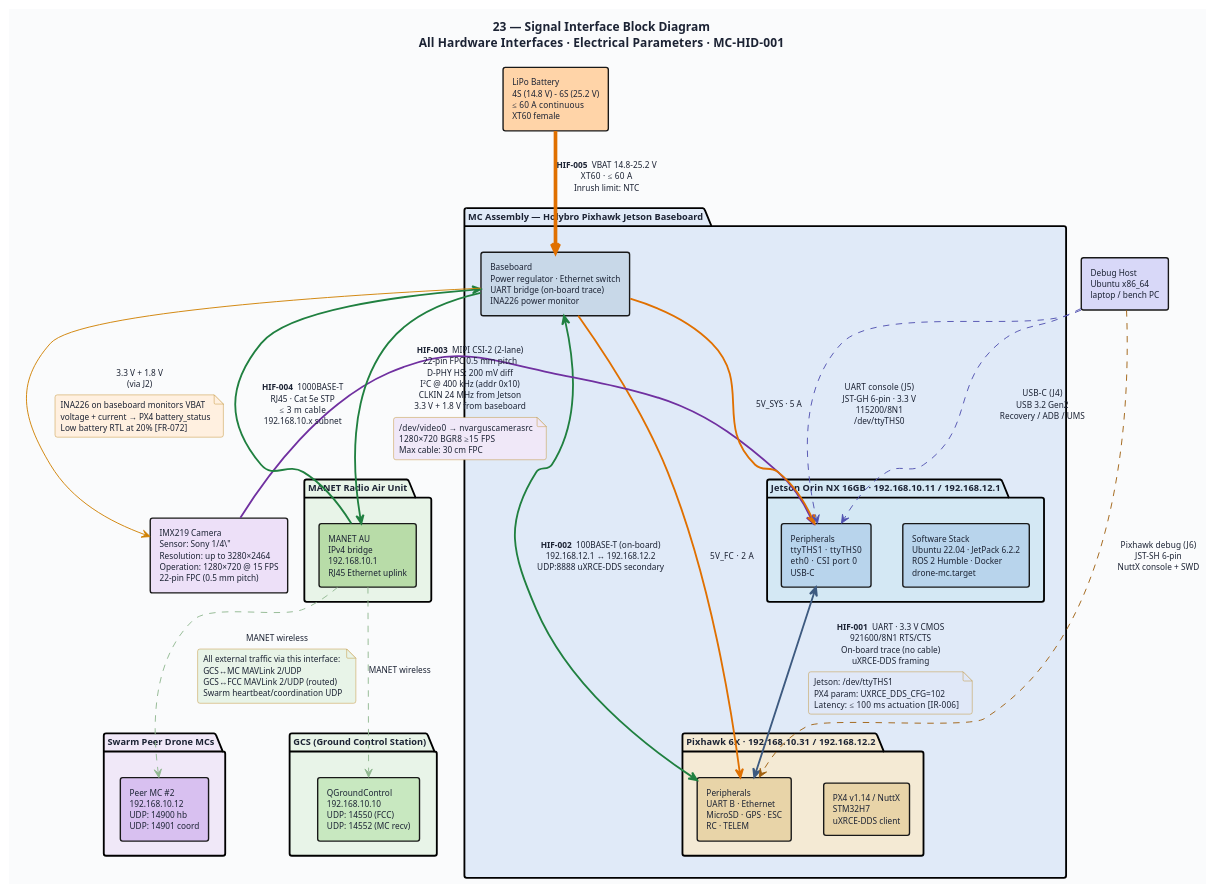
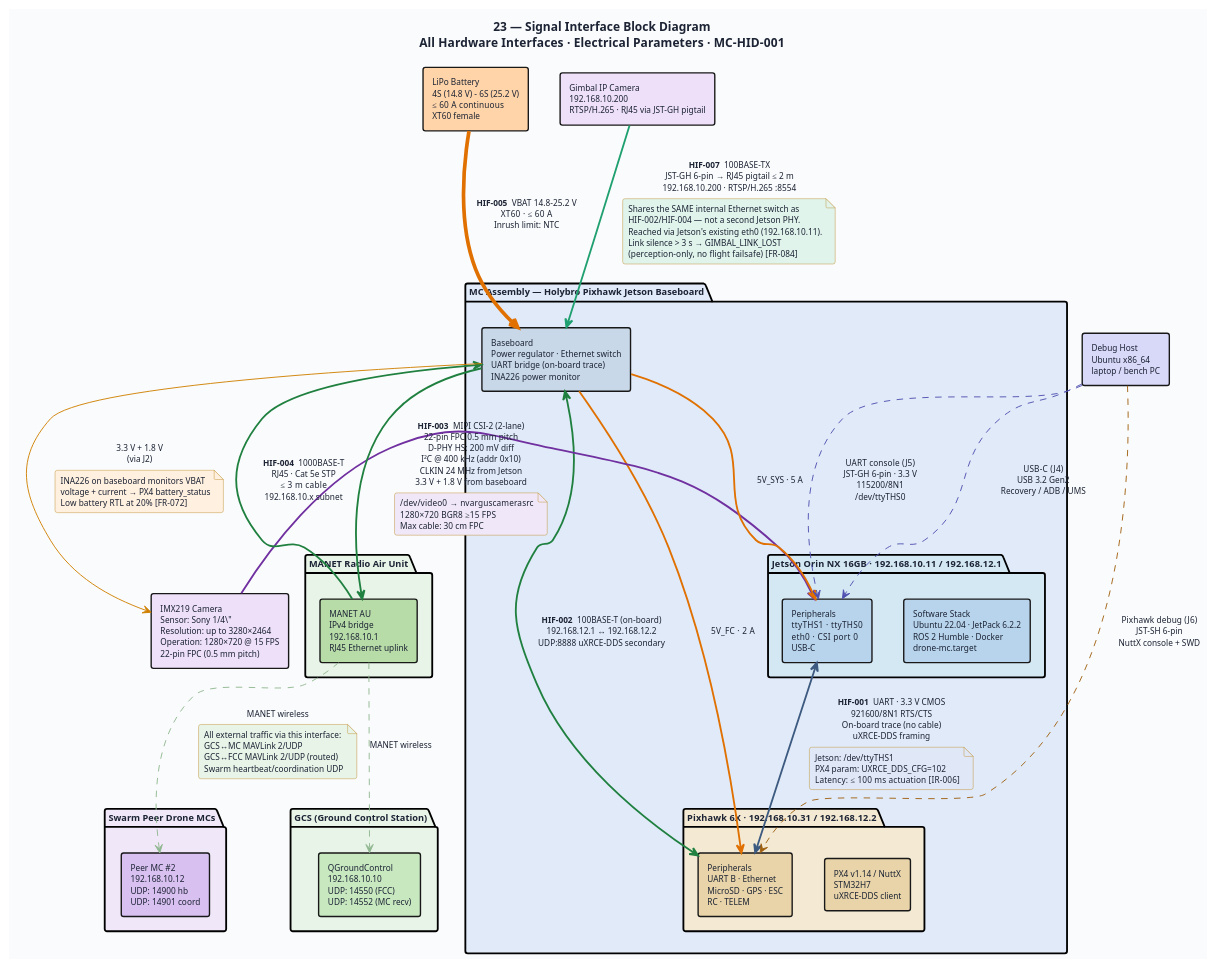
Before and after one commit to shawnsoh-stengg/shawnsoh-stengg-drone-swarm-mc-tempFork: the diagram in diagrams/23-hid-signal-interfaces.puml, drawn with PlantUML. The commit also changed 15 other files, not shown here.

First line of the commit message:
Update diagrams for gimbal camera + GCS video uplink feature

```diff
--- a/diagrams/23-hid-signal-interfaces.puml
+++ b/diagrams/23-hid-signal-interfaces.puml
@@ -1,154 +1,170 @@
 @startuml 23-hid-signal-interfaces
 ' ─────────────────────────────────────────────────────────────
-' Diagram 23: Signal Interface Block Diagram — All Six HIFs
-' MC-HID-001 §3–§8
+' Diagram 23: Signal Interface Block Diagram — All Seven HIFs
+' MC-HID-001 §3–§9
 ' ─────────────────────────────────────────────────────────────
 
 title "23 — Signal Interface Block Diagram\nAll Hardware Interfaces · Electrical Parameters  ·  MC-HID-001"
 
 skinparam BackgroundColor #FAFBFC
 skinparam DefaultFontColor #1C2334
 skinparam DefaultFontSize 10
 skinparam TitleFontSize 13
 skinparam TitleFontStyle bold
 skinparam shadowing false
 skinparam RoundCorner 5
 
 skinparam package {
   BorderThickness 2
   FontSize 10
   FontStyle bold
 }
 
 skinparam rectangle {
   BorderThickness 1.5
   FontSize 9
 }
 
 skinparam note {
   BackgroundColor #FFFAE8
   BorderColor #C09030
   FontSize 9
 }
 
 skinparam arrow {
   Color #3D5A80
   FontColor #1C2334
   FontSize 9
 }
 
 ' ═══════════════════════════════════════════════════
 ' EXTERNAL SYSTEMS
 ' ═══════════════════════════════════════════════════
 
 rectangle "LiPo Battery\n4S (14.8 V) – 6S (25.2 V)\n≤ 60 A continuous\nXT60 female" as BAT #FFD4A8
 
 rectangle "IMX219 Camera\nSensor: Sony 1/4\"\nResolution: up to 3280×2464\nOperation: 1280×720 @ 15 FPS\n22-pin FPC (0.5 mm pitch)" as CAM #EDE0F8
 
 package "MANET Radio Air Unit" as AU_PKG #E8F4E8 {
   rectangle "MANET AU\nIPv4 bridge\n192.168.10.1\nRJ45 Ethernet uplink" as AU #B8DCA8
 }
 
 package "GCS (Ground Control Station)" as GCS_PKG #E8F4E8 {
   rectangle "QGroundControl\n192.168.10.10\nUDP: 14550 (FCC)\nUDP: 14552 (MC recv)" as GCS #C8E8C0
 }
 
 package "Swarm Peer Drone MCs" as PEER_PKG #F0E8F8 {
   rectangle "Peer MC #2\n192.168.10.12\nUDP: 14900 hb\nUDP: 14901 coord" as PEER #D8C0F0
 }
 
 rectangle "Debug Host\nUbuntu x86_64\nlaptop / bench PC" as DBG #D8D8F8
+
+rectangle "Gimbal IP Camera\n192.168.10.200\nRTSP/H.265 · RJ45 via JST-GH pigtail" as GIMCAM #EDE0F8
 
 ' ═══════════════════════════════════════════════════
 ' MISSION COMPUTER ASSEMBLY
 ' ═══════════════════════════════════════════════════
 
 package "MC Assembly — Holybro Pixhawk Jetson Baseboard" as MC_PKG #E0EAF8 {
 
   package "Jetson Orin NX 16GB  ·  192.168.10.11 / 192.168.12.1" as JET #D4E8F4 {
     rectangle "Software Stack\nUbuntu 22.04 · JetPack 6.2.2\nROS 2 Humble · Docker\ndrone-mc.target" as JET_SW #B8D4EC
     rectangle "Peripherals\nttyTHS1  ·  ttyTHS0\neth0  ·  CSI port 0\nUSB-C" as JET_HW #B8D4EC
   }
 
   rectangle "Baseboard\nPower regulator · Ethernet switch\nUART bridge (on-board trace)\nINA226 power monitor" as BB #C8D8E8
 
   package "Pixhawk 6X  ·  192.168.10.31 / 192.168.12.2" as PX4 #F4EAD4 {
     rectangle "PX4 v1.14 / NuttX\nSTM32H7\nuXRCE-DDS client" as PX4_SW #E8D4A8
     rectangle "Peripherals\nUART B · Ethernet\nMicroSD · GPS · ESC\nRC · TELEM" as PX4_HW #E8D4A8
   }
 }
 
 ' ═══════════════════════════════════════════════════
 ' HIF-001: SERIAL (ttyTHS1 ↔ Pixhawk UART B)
 ' ═══════════════════════════════════════════════════
 
 JET_HW <-[#3D5A80,thickness=2]-> PX4_HW : **HIF-001**  UART · 3.3 V CMOS\n921600/8N1 RTS/CTS\nOn-board trace (no cable)\nuXRCE-DDS framing
 
 note on link #E0E8F8
   Jetson: /dev/ttyTHS1
   PX4 param: UXRCE_DDS_CFG=102
   Latency: ≤ 100 ms actuation  [IR-006]
 end note
 
 ' ═══════════════════════════════════════════════════
 ' HIF-002: INTERNAL ETHERNET (192.168.12.x)
 ' ═══════════════════════════════════════════════════
 
 BB <-[#208040,thickness=2]-> PX4_HW : **HIF-002**  100BASE-T (on-board)\n192.168.12.1 ↔ 192.168.12.2\nUDP:8888 uXRCE-DDS secondary
 
 ' ═══════════════════════════════════════════════════
 ' HIF-003: CSI-2 CAMERA
 ' ═══════════════════════════════════════════════════
 
 CAM -[#7030A0,thickness=2]-> JET_HW : **HIF-003**  MIPI CSI-2 (2-lane)\n22-pin FPC 0.5 mm pitch\nD-PHY HS: 200 mV diff\nI²C @ 400 kHz (addr 0x10)\nCLKIN 24 MHz from Jetson\n3.3 V + 1.8 V from baseboard
 
 note on link #F0E8F8
   /dev/video0  →  nvarguscamerasrc
   1280×720 BGR8 ≥15 FPS
   Max cable: 30 cm FPC
 end note
 
 ' ═══════════════════════════════════════════════════
 ' HIF-004: EXTERNAL ETHERNET → MANET
 ' ═══════════════════════════════════════════════════
 
 AU -[#208040,thickness=2]-> BB : **HIF-004**  1000BASE-T\nRJ45 · Cat 5e STP\n≤ 3 m cable\n192.168.10.x subnet
 BB -[#208040,thickness=2]-> AU
 
 AU -[#90B890,dashed]-> GCS : MANET wireless
 AU -[#90B890,dashed]-> PEER : MANET wireless
 
 note on link #E8F4E8
   All external traffic via this interface:
   GCS↔MC MAVLink 2/UDP
   GCS↔FCC MAVLink 2/UDP (routed)
   Swarm heartbeat/coordination UDP
 end note
 
 ' ═══════════════════════════════════════════════════
+' HIF-007: GIMBAL IP CAMERA (shared internal switch)
+' ═══════════════════════════════════════════════════
+
+GIMCAM -[#20A070,thickness=2]-> BB : **HIF-007**  100BASE-TX\nJST-GH 6-pin → RJ45 pigtail ≤ 2 m\n192.168.10.200 · RTSP/H.265 :8554
+
+note on link #E0F4EC
+  Shares the SAME internal Ethernet switch as
+  HIF-002/HIF-004 — not a second Jetson PHY.
+  Reached via Jetson's existing eth0 (192.168.10.11).
+  Link silence > 3 s → GIMBAL_LINK_LOST
+  (perception-only, no flight failsafe)  [FR-084]
+end note
+
+' ═══════════════════════════════════════════════════
 ' HIF-005: POWER
 ' ═══════════════════════════════════════════════════
 
 BAT -[#E07000,thickness=4]-> BB : **HIF-005**  VBAT 14.8–25.2 V\nXT60 · ≤ 60 A\nInrush limit: NTC
 
 BB -[#E07000,thickness=2]-> JET_HW : 5V_SYS · 5 A
 BB -[#E07000,thickness=2]-> PX4_HW : 5V_FC  · 2 A
 BB -[#D08000]-> CAM : 3.3 V + 1.8 V\n(via J2)
 
 note on link #FFF0E0
   INA226 on baseboard monitors VBAT
   voltage + current → PX4 battery_status
   Low battery RTL at 20%  [FR-072]
 end note
 
 ' ═══════════════════════════════════════════════════
 ' HIF-006: DEBUG
 ' ═══════════════════════════════════════════════════
 
 DBG -[#5050B0,dashed]-> JET_HW : USB-C  (J4)\nUSB 3.2 Gen2\nRecovery / ADB / UMS
 
 DBG -[#5050B0,dashed]-> JET_HW : UART console  (J5)\nJST-GH 6-pin · 3.3 V\n115200/8N1\n/dev/ttyTHS0
 
 DBG -[#A06010,dashed]-> PX4_HW : Pixhawk debug  (J6)\nJST-SH 6-pin\nNuttX console + SWD
 
 @enduml
```
